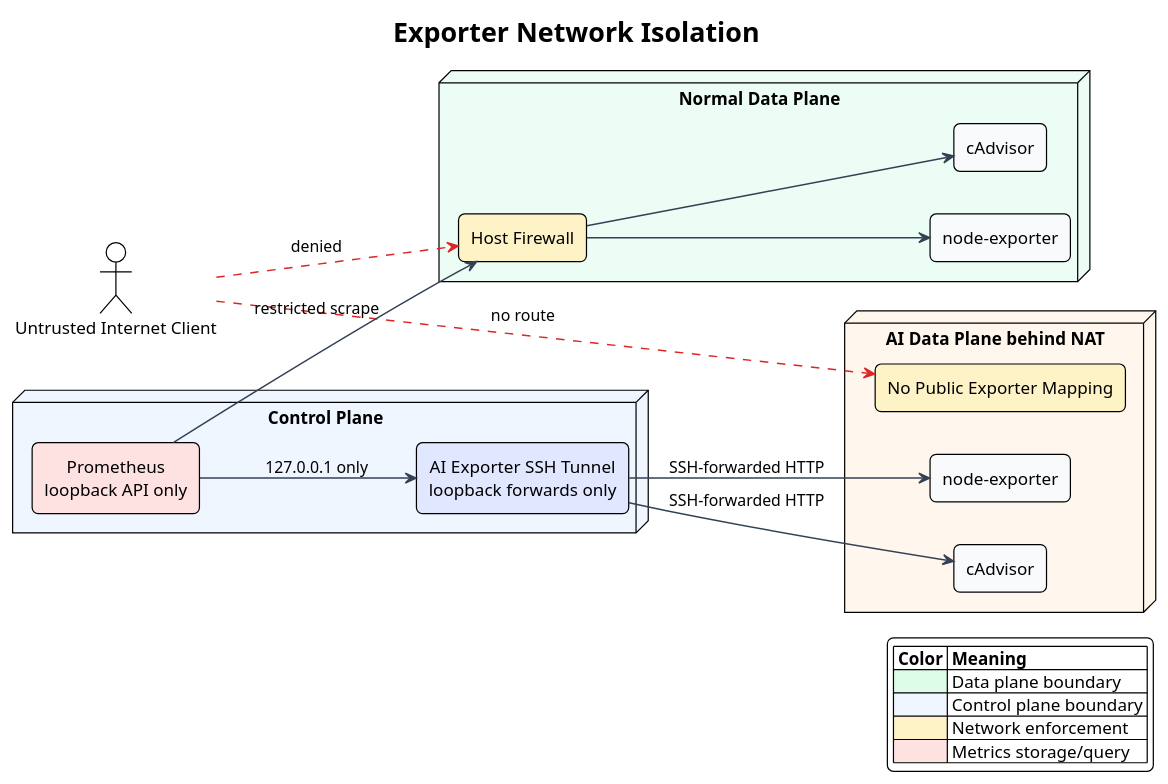
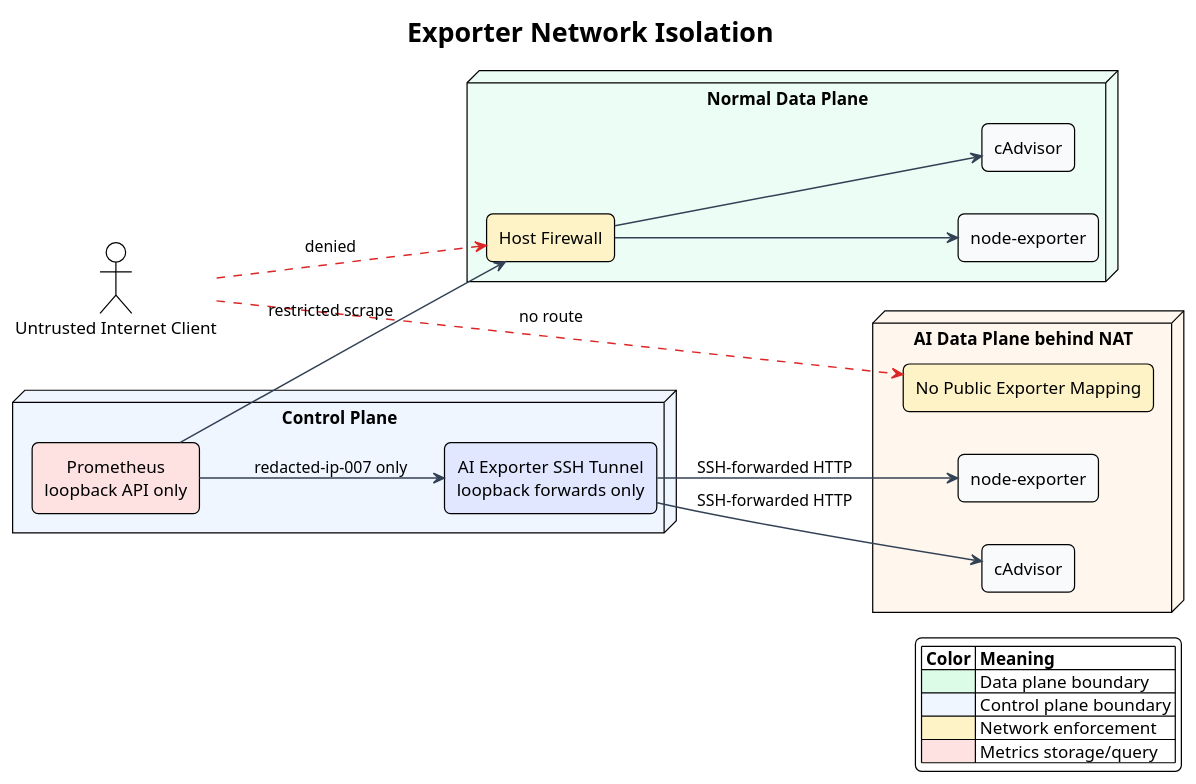
One commit to i-zrhe2016/ai-routing-panel changed the diagram in docs/ops-reporting/diagrams/exporter-network-isolation.puml. Above: the diagram before and after it, drawn with PlantUML. The commit also changed 43 other files, not shown here.

```diff
--- a/docs/ops-reporting/diagrams/exporter-network-isolation.puml
+++ b/docs/ops-reporting/diagrams/exporter-network-isolation.puml
@@ -1,51 +1,51 @@
 @startuml
 !theme plain
 left to right direction
 skinparam backgroundColor #FFFFFF
 skinparam componentStyle rectangle
 skinparam shadowing false
 skinparam roundcorner 10
 skinparam ArrowColor #334155
 skinparam ArrowThickness 1.2
 skinparam defaultFontName Arial
 skinparam defaultTextAlignment center
 
 title Exporter Network Isolation
 
 actor "Untrusted Internet Client" as publicClient
 
 node "Control Plane" as control #EFF6FF {
   component "Prometheus\nloopback API only" as prometheus #FEE2E2
   component "AI Exporter SSH Tunnel\nloopback forwards only" as tunnel #E0E7FF
 }
 
 node "Normal Data Plane" as normal #ECFDF5 {
   component "Host Firewall" as normalFirewall #FEF3C7
   component "node-exporter" as normalNode #F8FAFC
   component "cAdvisor" as normalCadvisor #F8FAFC
 }
 
 node "AI Data Plane behind NAT" as ai #FFF7ED {
   component "No Public Exporter Mapping" as natBoundary #FEF3C7
   component "node-exporter" as aiNode #F8FAFC
   component "cAdvisor" as aiCadvisor #F8FAFC
 }
 
 publicClient -[#DC2626,dashed]-> normalFirewall : denied
 publicClient -[#DC2626,dashed]-> natBoundary : no route
 prometheus --> normalFirewall : restricted scrape
 normalFirewall --> normalNode
 normalFirewall --> normalCadvisor
 tunnel --> aiNode : SSH-forwarded HTTP
 tunnel --> aiCadvisor : SSH-forwarded HTTP
-prometheus --> tunnel : 127.0.0.1 only
+prometheus --> tunnel : redacted-ip-007 only
 
 legend right
   |= Color |= Meaning |
   |<#DCFCE7> | Data plane boundary |
   |<#EFF6FF> | Control plane boundary |
   |<#FEF3C7> | Network enforcement |
   |<#FEE2E2> | Metrics storage/query |
 endlegend
 
 @enduml
```
